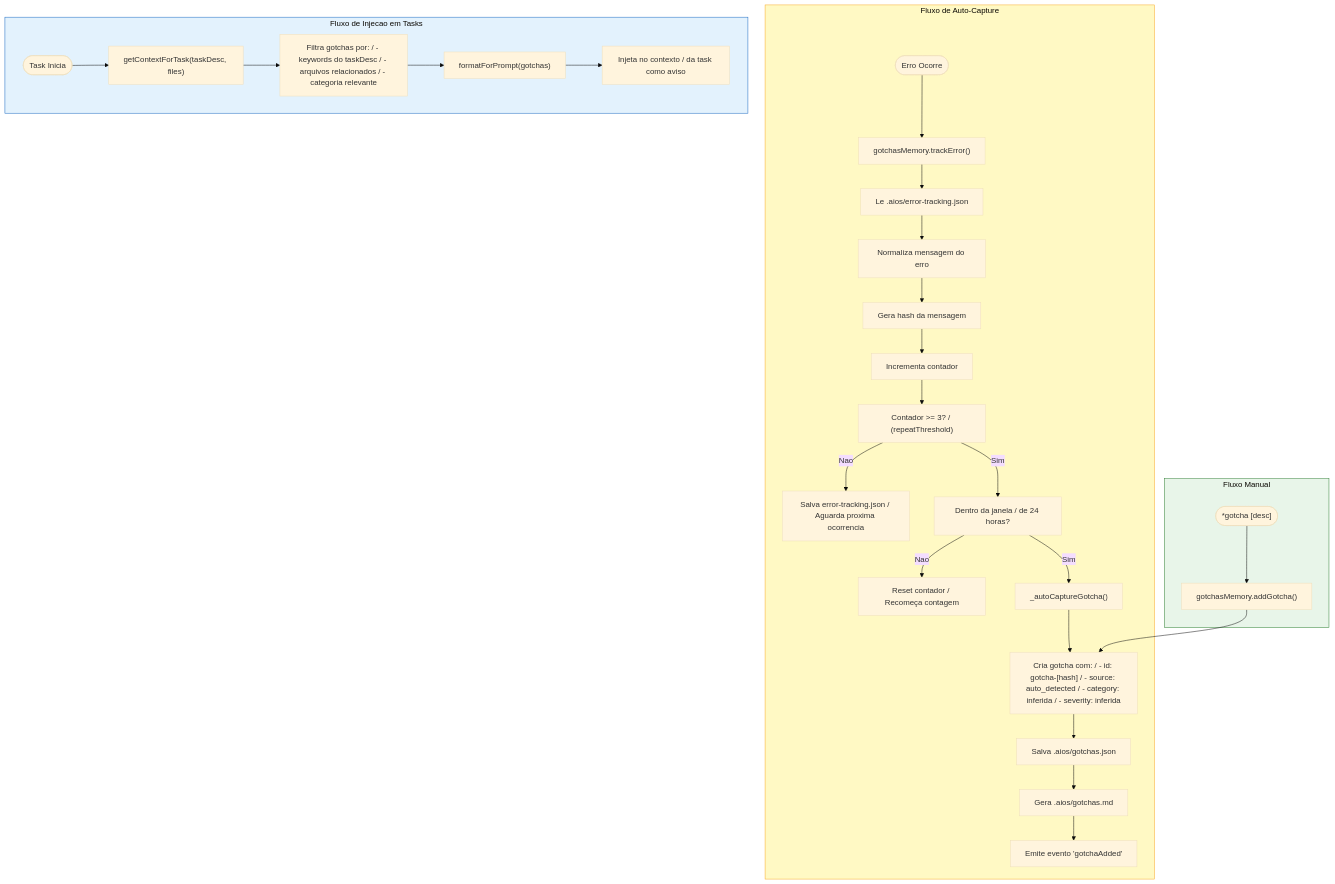
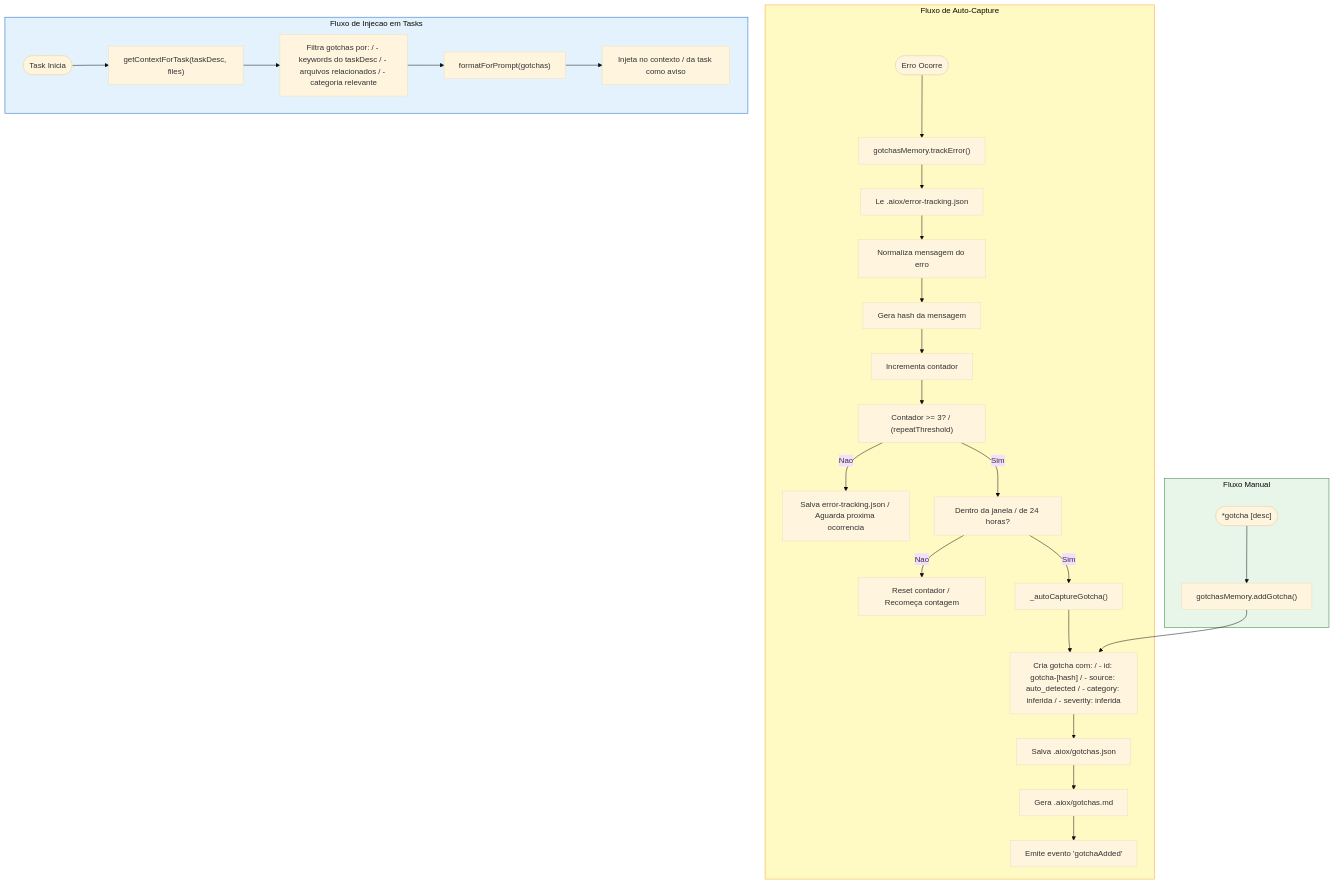
Diagram 13 of 18 in content/en/docs/guides/MEMORY-SYSTEM.mdx (bychrisr/aios-docs), drawn with Mermaid (base theme) before and after one commit. The commit also changed other lines of this file and 564 other files, not shown here.

````diff
--- a/content/en/docs/guides/MEMORY-SYSTEM.mdx
+++ b/content/en/docs/guides/MEMORY-SYSTEM.mdx
@@ -601,39 +601,39 @@
 ```mermaid
 flowchart TD
     subgraph ERROR_FLOW["Fluxo de Auto-Capture"]
         ERR([Erro Ocorre]) --> TRACK["gotchasMemory.trackError()"]
-        TRACK --> READ_ET["Le .aios/error-tracking.json"]
+        TRACK --> READ_ET["Le .aiox/error-tracking.json"]
         READ_ET --> NORMALIZE["Normaliza mensagem do erro"]
         NORMALIZE --> HASH["Gera hash da mensagem"]
         HASH --> INCREMENT["Incrementa contador"]
         INCREMENT --> CHECK["Contador >= 3? / (repeatThreshold)"]
 
         CHECK -->|"Nao"| SAVE_ET["Salva error-tracking.json / Aguarda proxima ocorrencia"]
         CHECK -->|"Sim"| WINDOW["Dentro da janela / de 24 horas?"]
 
         WINDOW -->|"Nao"| RESET["Reset contador / Recomeça contagem"]
         WINDOW -->|"Sim"| AUTO_CAPTURE["_autoCaptureGotcha()"]
 
         AUTO_CAPTURE --> CREATE["Cria gotcha com: / - id: gotcha-[hash] / - source: auto_detected / - category: inferida / - severity: inferida"]
 
-        CREATE --> SAVE_JSON["Salva .aios/gotchas.json"]
-        SAVE_JSON --> SAVE_MD["Gera .aios/gotchas.md"]
+        CREATE --> SAVE_JSON["Salva .aiox/gotchas.json"]
+        SAVE_JSON --> SAVE_MD["Gera .aiox/gotchas.md"]
         SAVE_MD --> EMIT["Emite evento 'gotchaAdded'"]
     end
 
     subgraph MANUAL_FLOW["Fluxo Manual"]
         CMD(["*gotcha [desc]"]) --> ADD["gotchasMemory.addGotcha()"]
         ADD --> CREATE
     end
 
     subgraph INJECTION_FLOW["Fluxo de Injecao em Tasks"]
         TASK([Task Inicia]) --> QUERY["getContextForTask(taskDesc, files)"]
         QUERY --> MATCH["Filtra gotchas por: / - keywords do taskDesc / - arquivos relacionados / - categoria relevante"]
         MATCH --> FORMAT["formatForPrompt(gotchas)"]
         FORMAT --> INJECT["Injeta no contexto / da task como aviso"]
     end
 
     style ERROR_FLOW fill:#FFF9C4,stroke:#F9A825
     style MANUAL_FLOW fill:#E8F5E9,stroke:#2E7D32
     style INJECTION_FLOW fill:#E3F2FD,stroke:#1565C0
 ```
````
